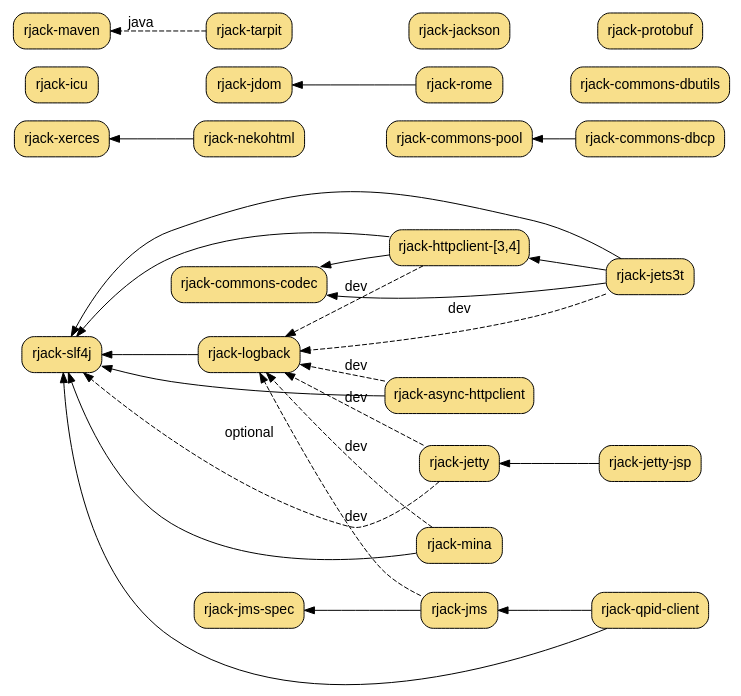
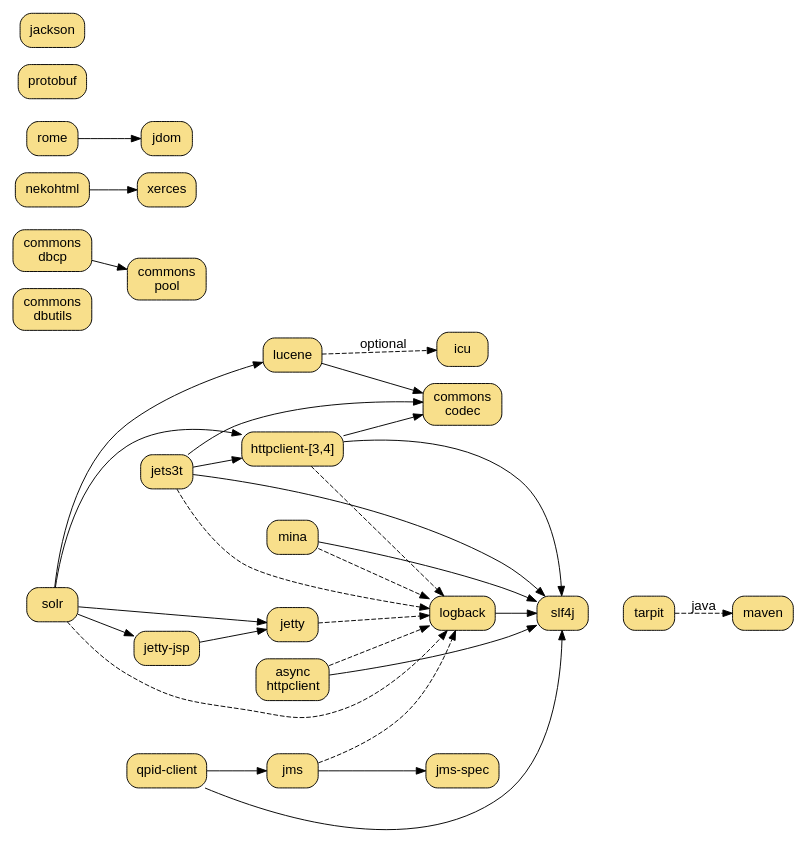
Before and after one commit to dekellum/rjack: the diagram in www/rjack.dot, drawn with Graphviz. The commit also changed 2 other files, not shown here.

Commit message:
www: Recompose dep diagram, add lucene,solr

```diff
--- a/www/rjack.dot
+++ b/www/rjack.dot
@@ -1,86 +1,111 @@
 digraph "RJack Gem Dependency Graph" {
   bgcolor="transparent";
-  rankdir=RL;
-  size="6.0,6.0";
+  rankdir=LR;
+  size="7.0,7.0";
   node [ shape=box, style="filled,rounded", fillcolor="#f8df8b",
          fontname="Arial", margin="0.15,0.1" ];
   edge [ fontname="Arial" ];
 
-  "rjack-jets3t"        [ target=_parent, URL="jets3t/" ];
-  "rjack-nekohtml"      [ target=_parent, URL="nekohtml/", group=ml ];
-  "rjack-rome"          [ target=_parent, URL="rome/", group=ml ];
-  "rjack-jdom"          [ target=_parent, URL="jdom/", group=ml ];
-  "rjack-xerces"        [ target=_parent, URL="xerces/", group=ml ];
+  "solr"          [ target=_parent, URL="solr/" ];
+  "lucene"        [ target=_parent, URL="lucene/" ];
 
-  "rjack-httpclient"    [ target=_parent, URL="httpclient-3/",
-                          shape=record, label="rjack-httpclient-[3,4]" ];
+  "jets3t"        [ target=_parent, URL="jets3t/" ];
 
-  "rjack-icu"           [ target=_parent, URL="icu/" ];
+  "httpclient"    [ target=_parent, URL="httpclient-3/",
+                          shape=record, label="httpclient-[3,4]" ];
 
-  "rjack-jetty"         [ target=_parent, URL="jetty/" ];
-  "rjack-jetty-jsp"     [ target=_parent, URL="jetty-jsp/" ];
+  "icu"           [ target=_parent, URL="icu/" ];
 
-  "rjack-slf4j"         [ target=_parent, URL="slf4j/", group=log ];
-  "rjack-logback"       [ target=_parent, URL="logback/", group=log ];
+  "jetty"         [ target=_parent, URL="jetty/" ];
+  "jetty-jsp"     [ target=_parent, URL="jetty-jsp/" ];
 
-  "rjack-commons-codec" [ target=_parent, URL="commons-codec/", group=commons ];
+  "slf4j"         [ target=_parent, URL="slf4j/", group=log ];
+  "logback"       [ target=_parent, URL="logback/", group=log ];
 
-  "rjack-jms-spec"      [ target=_parent, URL="jms-spec/", group=net ];
-  "rjack-jms"           [ target=_parent, URL="jms/", group=net ];
-  "rjack-mina"          [ target=_parent, URL="mina/", group=net ];
-  "rjack-qpid-client"   [ target=_parent, URL="qpid-client/", group=net ];
+  "commons-codec" [ label=<commons<br/>codec>
+                    target=_parent, URL="commons-codec/", group=commons ];
 
-  "rjack-commons-dbcp"  [ target=_parent, URL="commons-dbcp/", group=commons ];
-  "rjack-commons-dbutils" [ target=_parent, URL="commons-dbutils/", group=commons ];
+  "jms-spec"      [ target=_parent, URL="jms-spec/", group=net ];
+  "jms"           [ target=_parent, URL="jms/", group=net ];
+  "mina"          [ target=_parent, URL="mina/", group=net ];
+  "qpid-client"   [ target=_parent, URL="qpid-client/", group=net ];
 
-  "rjack-commons-pool"  [ target=_parent, URL="commons-pool/", group=commons ];
-  "rjack-protobuf"      [ target=_parent, URL="protobuf/" ];
+  "async-httpclient" [ label=<async<br/>httpclient>
+                       target=_parent, URL="async-httpclient/" ];
 
-  "rjack-tarpit"        [ target=_parent, URL="tarpit/" ];
-  "rjack-maven"         [ target=_parent, URL="maven/" ];
+  subgraph cluster_db {
+    style=invis
+    "commons-dbcp"    [ label=<commons<br/>dbcp>
+                        target=_parent, URL="commons-dbcp/", group=commons ];
+    "commons-dbutils" [ label=<commons<br/>dbutils>
+                        target=_parent, URL="commons-dbutils/", group=commons ];
+    "commons-pool"    [ label=<commons<br/>pool>
+                        target=_parent, URL="commons-pool/", group=commons ];
+  }
 
-  "rjack-jackson"       [ target=_parent, URL="jackson/" ];
+  subgraph cluster_xml {
+    style=invis
+    "rome"          [ target=_parent, URL="rome/", group=ml ];
+    "jdom"          [ target=_parent, URL="jdom/", group=ml ];
+    "nekohtml"      [ target=_parent, URL="nekohtml/", group=ml ];
+    "xerces"        [ target=_parent, URL="xerces/", group=ml ];
+  }
 
-  "rjack-async-httpclient" [ target=_parent, URL="async-httpclient/" ];
+  subgraph cluster_alt_parse {
+    style=invis
+    "jackson"       [ target=_parent, URL="jackson/" ];
+    "protobuf"      [ target=_parent, URL="protobuf/" ];
+  }
 
-  "rjack-tarpit"       -> "rjack-maven" [ style=dashed, label="java" ];
+  "tarpit"        [ target=_parent, URL="tarpit/" ];
+  "maven"         [ target=_parent, URL="maven/" ];
 
-  "rjack-jets3t"       -> "rjack-logback" [ style=dashed, label="dev" ];
-  "rjack-jets3t"       -> "rjack-httpclient";
-  "rjack-jets3t"       -> "rjack-commons-codec";
-  "rjack-jets3t"       -> "rjack-slf4j";
-  "rjack-rome"         -> "rjack-jdom"
-  "rjack-nekohtml"     -> "rjack-xerces"
+  "commons-dbcp" -> "commons-pool";
+  "commons-dbutils" -> "commons-pool" [ style=invis ];
 
-  "rjack-httpclient"   -> "rjack-commons-codec";
-  "rjack-httpclient"   -> "rjack-logback" [ style=dashed, label="dev" ];
-  "rjack-httpclient"   -> "rjack-slf4j";
+  "tarpit"       -> "maven" [ style=dashed, label="java" ];
 
-  "rjack-jetty-jsp"    -> "rjack-jetty";
-  "rjack-jetty"        -> "rjack-logback" [ style=dashed, label="dev" ];
-  "rjack-jetty"        -> "rjack-slf4j"   [ style=dashed, label="optional" ];
+  "jets3t"       -> "logback" [ style=dashed ];
+  "jets3t"       -> "httpclient";
+  "jets3t"       -> "commons-codec";
+  "jets3t"       -> "slf4j";
 
-  "rjack-logback"      -> "rjack-slf4j";
+  "rome"         -> "jdom"
+  "nekohtml"     -> "xerces"
 
-  "rjack-jms"          -> "rjack-jms-spec";
-  "rjack-jms"          -> "rjack-logback" [ style=dashed, label="dev" ];
+  "httpclient"   -> "commons-codec";
+  "httpclient"   -> "logback" [ style=dashed ];
+  "httpclient"   -> "slf4j";
 
-  "rjack-mina"         -> "rjack-slf4j";
-  "rjack-mina"         -> "rjack-logback" [ style=dashed, label="dev" ];
+  "jetty-jsp"    -> "jetty";
+  "jetty"        -> "logback" [ style=dashed ];
+#  "jetty"        -> "slf4j"   [ style=dashed, label="optional" ];
 
-  "rjack-qpid-client"  -> "rjack-jms";
-  "rjack-qpid-client"  -> "rjack-slf4j";
-#  "rjack-qpid-client"  -> "rjack-logback" [ style=dashed, label="dev" ];
+  "logback"      -> "slf4j";
 
-  "rjack-commons-dbcp" -> "rjack-commons-pool";
+  "jms"          -> "jms-spec";
+  "jms"          -> "logback" [ style=dashed ];
 
-  "rjack-async-httpclient" -> "rjack-slf4j"
-  "rjack-async-httpclient" -> "rjack-logback" [ style=dashed, label="dev" ];
+  "mina"         -> "slf4j";
+  "mina"         -> "logback" [ style=dashed ];
 
-# for fitting only
-  "rjack-jackson"         -> "rjack-tarpit"   [ style=invis ];
-  "rjack-jdom"            -> "rjack-icu"      [ style=invis ];
-  "rjack-protobuf"        -> "rjack-jackson"  [ style=invis ];
-  "rjack-commons-pool"    -> "rjack-nekohtml" [ style=invis ];
-  "rjack-commons-dbutils" -> "rjack-rome"     [ style=invis ];
+  "qpid-client"  -> "jms";
+  "qpid-client"  -> "slf4j";
+#  "qpid-client"  -> "logback" [ style=dashed ];
+
+  "async-httpclient" -> "slf4j"
+  "async-httpclient" -> "logback" [ style=dashed ];
+
+  "lucene" -> "commons-codec"
+  "lucene" -> "icu"           [ style=dashed, label="optional" ];
+
+  "solr"   -> "lucene"
+  "solr"   -> "jetty"
+  "solr"   -> "jetty-jsp"
+  "solr"   -> "httpclient"
+  "solr"   -> "logback"       [ style=dashed ];
+#  "solr"   -> "slf4j"
+
+# for association only
+  "slf4j" -> "tarpit" [ style=invis ];
 }
```
